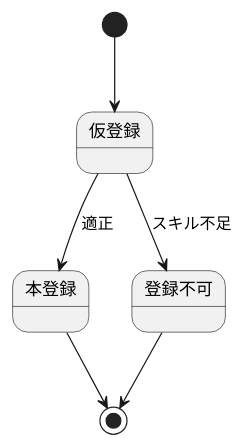
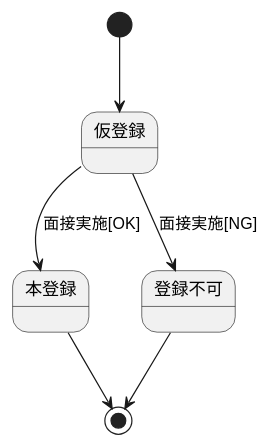
One commit to yinm/uml-modeling-lesson changed the diagram in ch07/excercise/7-1.puml. Above: the diagram before and after it, drawn with PlantUML. The commit also changed 2 other files, not shown here.

```diff
--- a/ch07/excercise/7-1.puml
+++ b/ch07/excercise/7-1.puml
@@ -1,11 +1,11 @@
 @startuml
 
 [*] --> 仮登録
 
-仮登録 --> 本登録 : 適正
-仮登録 --> 登録不可 : スキル不足
+仮登録 --> 本登録 : 面接実施[OK]
+仮登録 --> 登録不可 : 面接実施[NG]
 
 本登録 --> [*]
 登録不可 --> [*]
 
 @enduml
```
